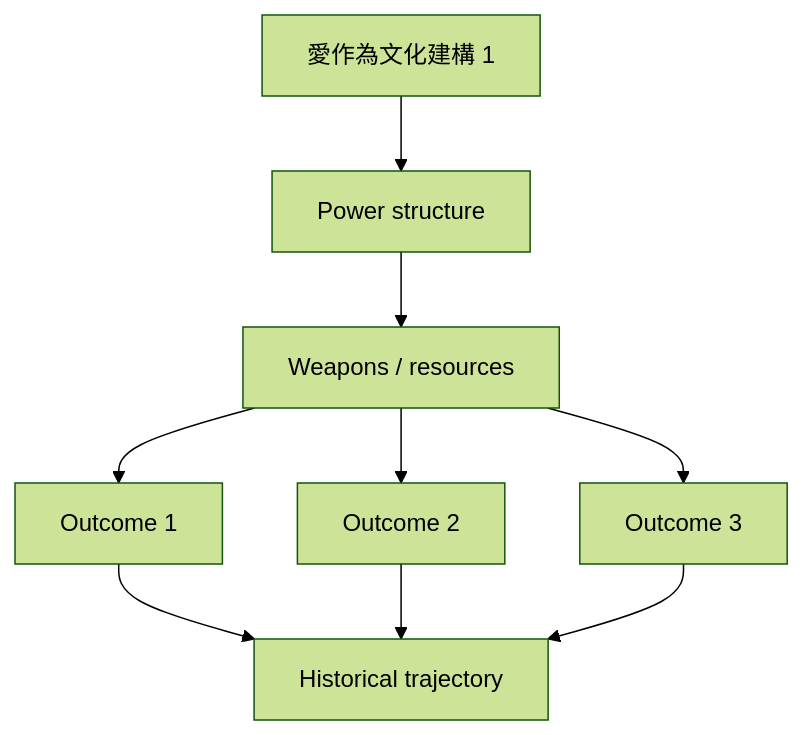
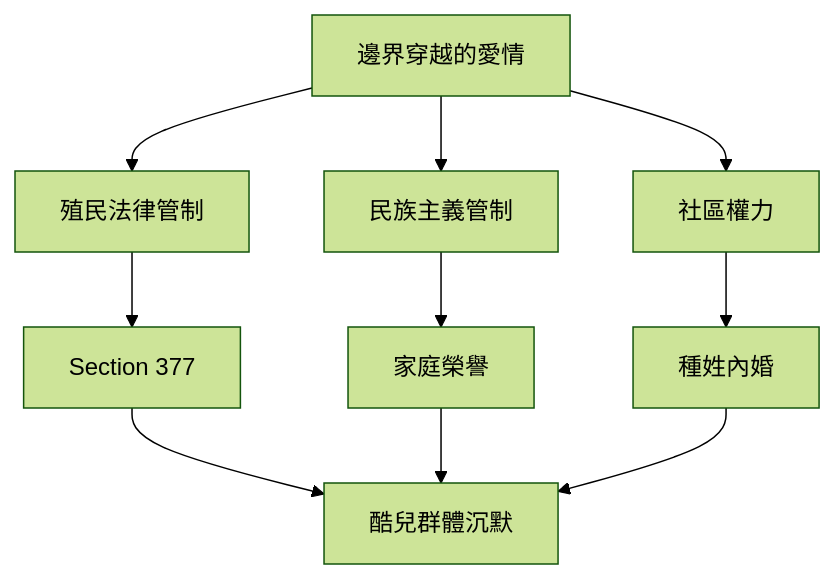
One commit to yip-lgtm/HKU-Harvard-History-Self-Study changed the first of 10 diagrams in 02_Harvard_Courses/Fall_Courses/Hist137_History_of_Love.md. Above: the diagram before and after it, drawn with Mermaid (forest theme). The commit also changed other lines of this file and 65 other files, not shown here.

````diff
--- a/02_Harvard_Courses/Fall_Courses/Hist137_History_of_Love.md
+++ b/02_Harvard_Courses/Fall_Courses/Hist137_History_of_Love.md
@@ -109,11 +105,12 @@
 ```mermaid
 graph TD
-    A[愛作為文化建構 1] --> B[Power structure]
-    B --> C[Weapons / resources]
-    C --> D[Outcome 1]
-    C --> E[Outcome 2]
-    C --> F[Outcome 3]
-    D --> G[Historical trajectory]
-    E --> G
-    F --> G
+    A[邊界穿越的愛情] --> B[殖民法律管制]
+    A --> C[民族主義管制]
+    A --> D[社區權力]
+    B --> E[Section 377]
+    C --> F[家庭榮譽]
+    D --> G[種姓內婚]
+    E --> H[酷兒群體沉默]
+    F --> H
+    G --> H
 ```
````
